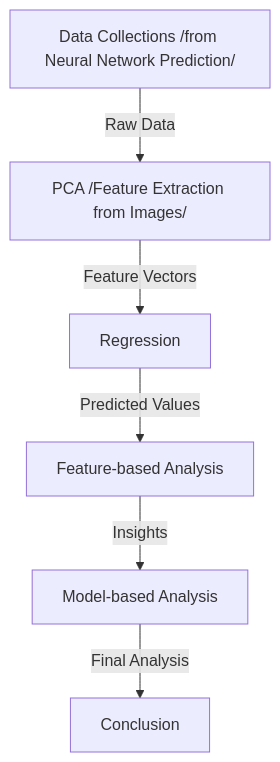
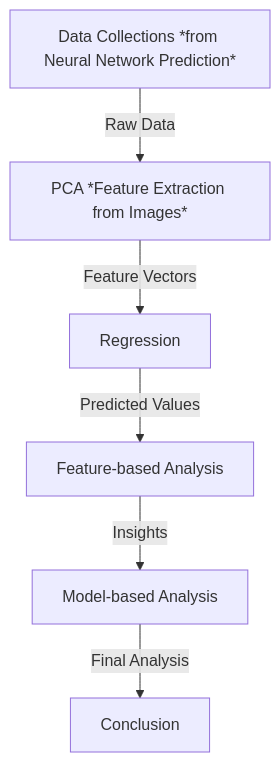
One commit to ziming-zh/PCR-Diagnostics changed the diagram in README.md. Above: the diagram before and after it, drawn with Mermaid.

````diff
--- a/README.md
+++ b/README.md
@@ -5,8 +5,8 @@
 ```mermaid
 graph TD;
-  A[Data Collections /from Neural Network Prediction/] -->|Raw Data| B[PCA /Feature Extraction from Images/];
+  A[Data Collections *from Neural Network Prediction*] -->|Raw Data| B[PCA *Feature Extraction from Images*];
   B -->|Feature Vectors| C[Regression];
   C -->|Predicted Values| D[Feature-based Analysis];
   D -->|Insights| E[Model-based Analysis];
   E -->|Final Analysis| F[Conclusion];
 ```
````
